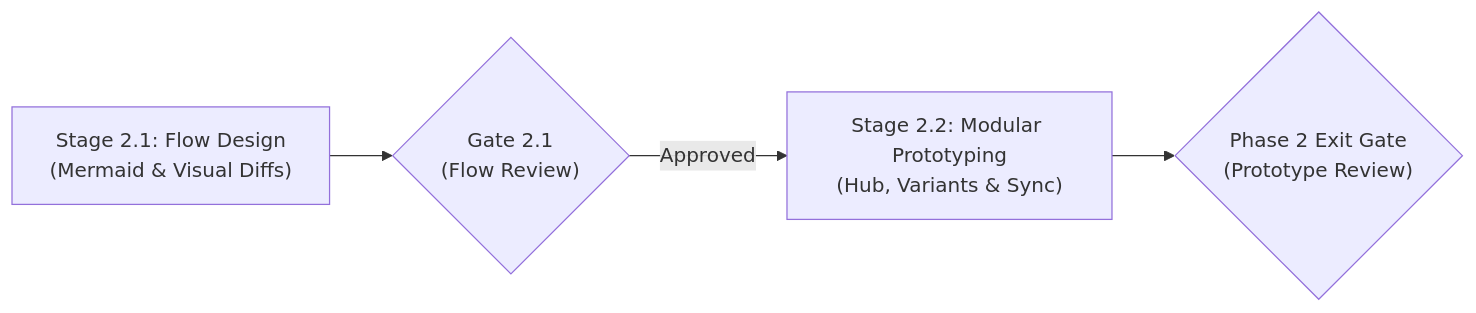
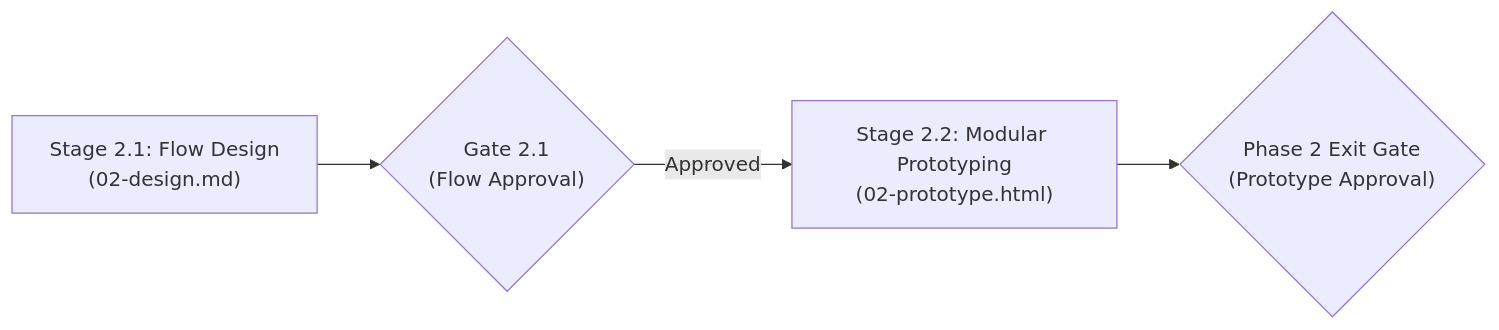
The first of 3 diagrams in .agents/skills/lifecycle-design/SKILL.md (techoshik/skills), drawn with Mermaid before and after one commit. The commit also changed other lines of this file and 12 other files, not shown here.

````diff
--- a/.agents/skills/lifecycle-design/SKILL.md
+++ b/.agents/skills/lifecycle-design/SKILL.md
@@ -58,6 +33,6 @@
 ```mermaid
 flowchart LR
-    S1["Stage 2.1: Flow Design\n(Mermaid & Visual Diffs)"] --> G1{"Gate 2.1\n(Flow Review)"}
-    G1 -- Approved --> S2["Stage 2.2: Modular Prototyping\n(Hub, Variants & Sync)"]
-    S2 --> G2{"Phase 2 Exit Gate\n(Prototype Review)"}
+    S1["Stage 2.1: Flow Design\n(02-design.md)"] --> G1{"Gate 2.1\n(Flow Approval)"}
+    G1 -- Approved --> S2["Stage 2.2: Modular Prototyping\n(02-prototype.html)"]
+    S2 --> G2{"Phase 2 Exit Gate\n(Prototype Approval)"}
 ```
````
